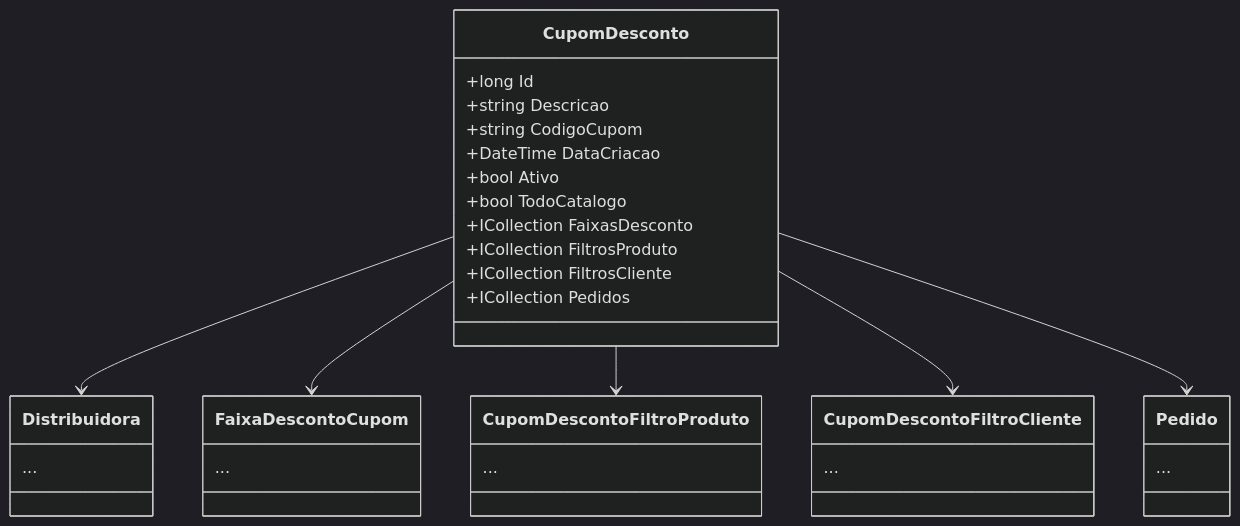
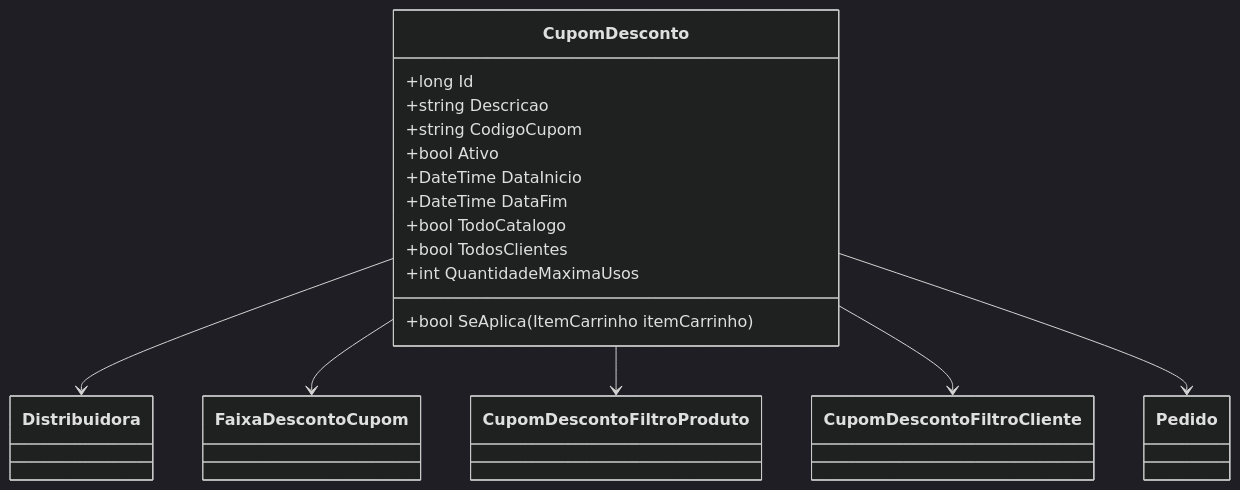
One commit to IsthmusSistemas/documentacao-tecnica changed the second of 2 diagrams in docs/b2b-dominio/IsthmusWinthor.Nucleo/IsthmusWinthor.Dominio/Entidades/CupomDesconto.md. Above: the diagram before and after it, drawn with Mermaid (dark theme). The commit also changed other lines of this file and 882 other files, not shown here.

````diff
--- a/docs/b2b-dominio/IsthmusWinthor.Nucleo/IsthmusWinthor.Dominio/Entidades/CupomDesconto.md
+++ b/docs/b2b-dominio/IsthmusWinthor.Nucleo/IsthmusWinthor.Dominio/Entidades/CupomDesconto.md
@@ -70,41 +68,20 @@
 ```mermaid
 classDiagram
     class CupomDesconto {
         +long Id
         +string Descricao
         +string CodigoCupom
-        +DateTime DataCriacao
         +bool Ativo
+        +DateTime DataInicio
+        +DateTime DataFim
         +bool TodoCatalogo
-        +ICollection<FaixaDescontoCupom> FaixasDesconto
-        +ICollection<CupomDescontoFiltroProduto> FiltrosProduto
-        +ICollection<CupomDescontoFiltroCliente> FiltrosCliente
-        +ICollection<Pedido> Pedidos
+        +bool TodosClientes
+        +int QuantidadeMaximaUsos
+        +bool SeAplica(ItemCarrinho itemCarrinho)
     }
-
-    class Distribuidora {
-        ...
-    }
-    
-    class FaixaDescontoCupom {
-        ...
-    }
-
-    class CupomDescontoFiltroProduto {
-        ...
-    }
-
-    class CupomDescontoFiltroCliente {
-        ...
-    }
-
-    class Pedido {
-        ...
-    }
-    
     CupomDesconto --> Distribuidora
     CupomDesconto --> FaixaDescontoCupom
     CupomDesconto --> CupomDescontoFiltroProduto
     CupomDesconto --> CupomDescontoFiltroCliente
     CupomDesconto --> Pedido
 ```
````
